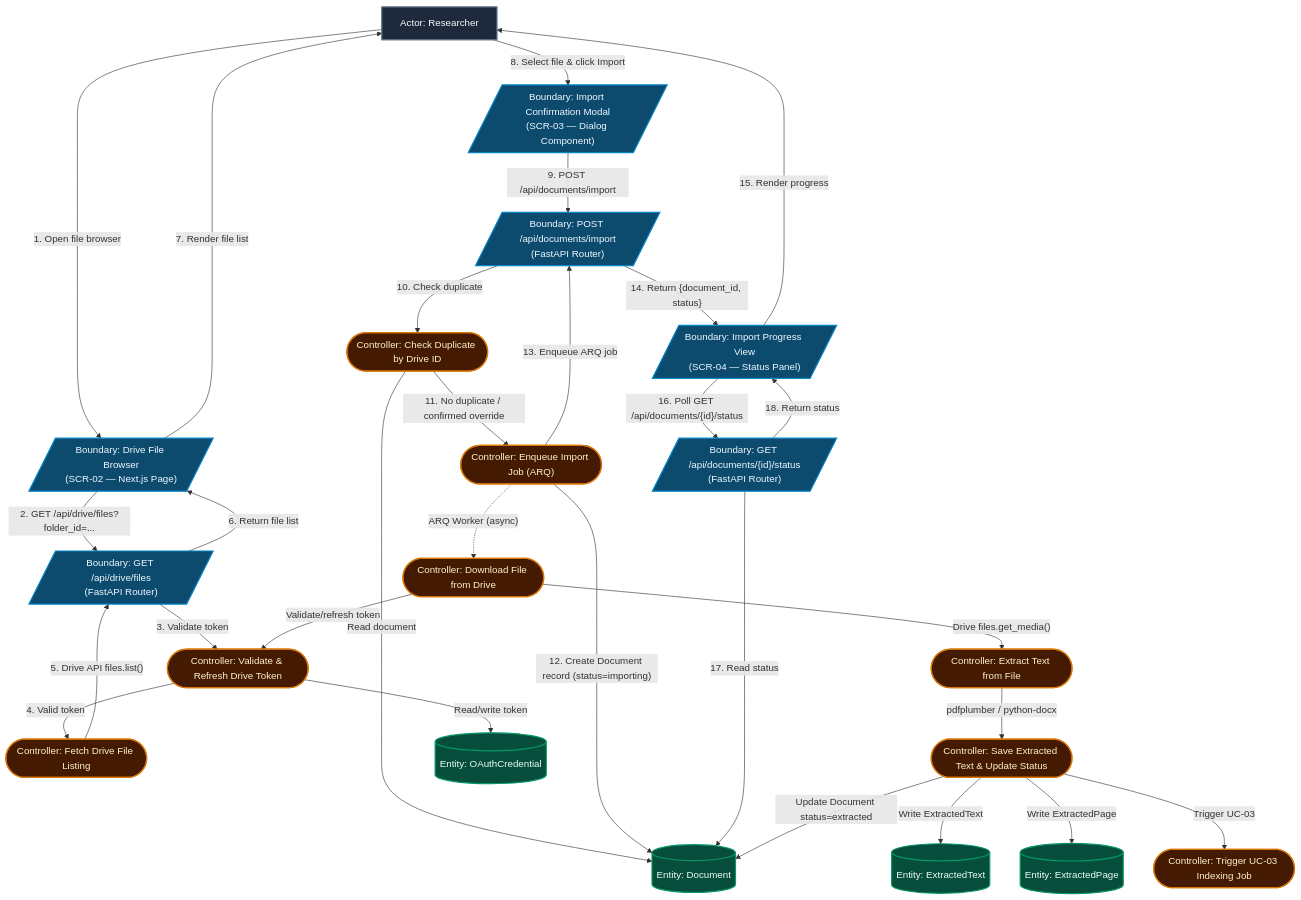
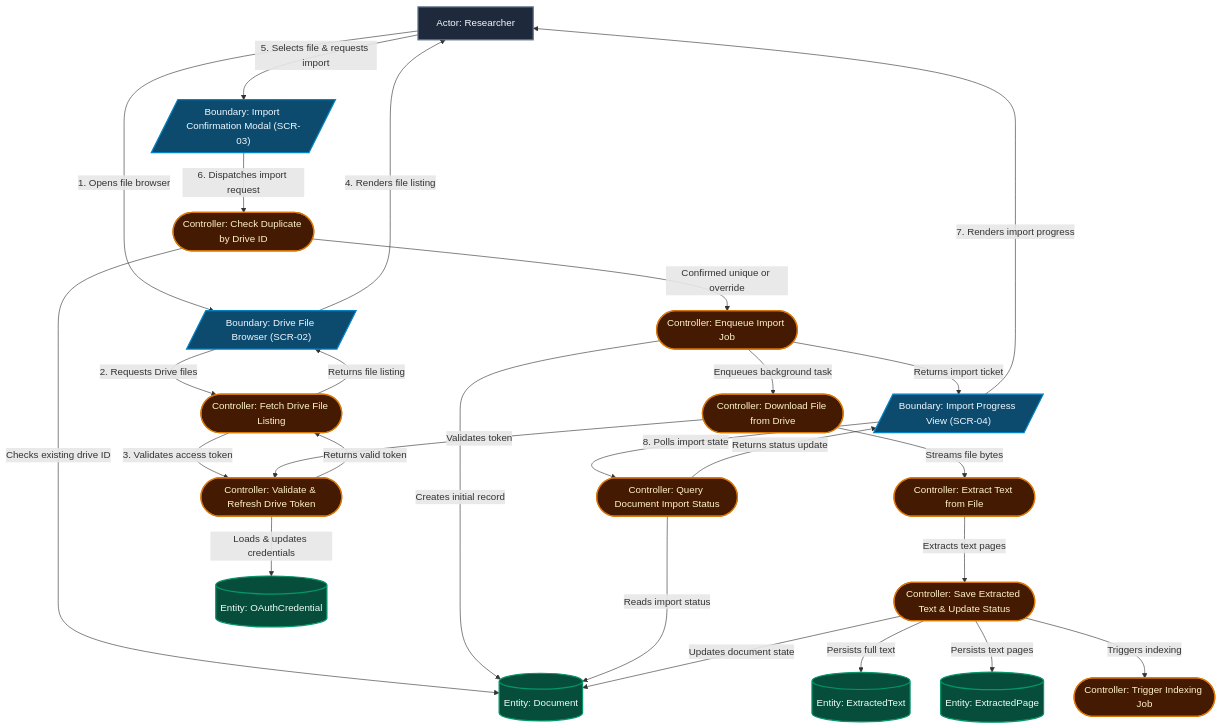
One commit to Gzaa19/Telaah changed the second of 10 diagrams in specs/002-drive-document-import/plan.md. Above: the diagram before and after it, drawn with Mermaid. The commit also changed other lines of this file and 17 other files, not shown here.

````diff
--- a/specs/002-drive-document-import/plan.md
+++ b/specs/002-drive-document-import/plan.md
@@ -95,62 +95,57 @@
 ```mermaid
 flowchart TD
     classDef actor fill:#1e293b,stroke:#64748b,stroke-width:2px,color:#f8fafc
     classDef boundary fill:#0c4a6e,stroke:#0284c7,stroke-width:2px,color:#f0f9ff
     classDef controller fill:#451a03,stroke:#d97706,stroke-width:2px,color:#fef3c7
     classDef entity fill:#064e3b,stroke:#059669,stroke-width:2px,color:#ecfdf5
 
     RESEARCHER["Actor: Researcher"]:::actor
 
-    B_BROWSER[/"Boundary: Drive File Browser\n(SCR-02 — Next.js Page)"/]:::boundary
-    B_CONFIRM[/"Boundary: Import Confirmation Modal\n(SCR-03 — Dialog Component)"/]:::boundary
-    B_PROGRESS[/"Boundary: Import Progress View\n(SCR-04 — Status Panel)"/]:::boundary
-    B_DRIVE_LIST[/"Boundary: GET /api/drive/files\n(FastAPI Router)"/]:::boundary
-    B_IMPORT[/"Boundary: POST /api/documents/import\n(FastAPI Router)"/]:::boundary
-    B_STATUS[/"Boundary: GET /api/documents/{id}/status\n(FastAPI Router)"/]:::boundary
+    B_BROWSER[/"Boundary: Drive File Browser (SCR-02)"/]:::boundary
+    B_CONFIRM[/"Boundary: Import Confirmation Modal (SCR-03)"/]:::boundary
+    B_PROGRESS[/"Boundary: Import Progress View (SCR-04)"/]:::boundary
 
     C_REFRESH_TOKEN(["Controller: Validate & Refresh Drive Token"]):::controller
     C_LIST_FILES(["Controller: Fetch Drive File Listing"]):::controller
     C_CHECK_DUPLICATE(["Controller: Check Duplicate by Drive ID"]):::controller
-    C_ENQUEUE_IMPORT(["Controller: Enqueue Import Job (ARQ)"]):::controller
+    C_ENQUEUE_IMPORT(["Controller: Enqueue Import Job"]):::controller
     C_DOWNLOAD(["Controller: Download File from Drive"]):::controller
     C_EXTRACT_TEXT(["Controller: Extract Text from File"]):::controller
     C_SAVE_RESULT(["Controller: Save Extracted Text & Update Status"]):::controller
-    C_TRIGGER_UC03(["Controller: Trigger UC-03 Indexing Job"]):::controller
+    C_TRIGGER_UC03(["Controller: Trigger Indexing Job"]):::controller
+    C_GET_STATUS(["Controller: Query Document Import Status"]):::controller
 
     E_DOC[("Entity: Document")]:::entity
     E_TEXT[("Entity: ExtractedText")]:::entity
     E_PAGE[("Entity: ExtractedPage")]:::entity
     E_CRED[("Entity: OAuthCredential")]:::entity
 
-    RESEARCHER -->|"1. Open file browser"| B_BROWSER
-    B_BROWSER -->|"2. GET /api/drive/files?folder_id=..."| B_DRIVE_LIST
-    B_DRIVE_LIST -->|"3. Validate token"| C_REFRESH_TOKEN
-    C_REFRESH_TOKEN -->|"Read/write token"| E_CRED
-    C_REFRESH_TOKEN -->|"4. Valid token"| C_LIST_FILES
-    C_LIST_FILES -->|"5. Drive API files.list()"| B_DRIVE_LIST
-    B_DRIVE_LIST -->|"6. Return file list"| B_BROWSER
-    B_BROWSER -->|"7. Render file list"| RESEARCHER
+    RESEARCHER -->|"1. Opens file browser"| B_BROWSER
+    B_BROWSER -->|"2. Requests Drive files"| C_LIST_FILES
+    C_LIST_FILES -->|"3. Validates access token"| C_REFRESH_TOKEN
+    C_REFRESH_TOKEN -->|"Loads & updates credentials"| E_CRED
+    C_REFRESH_TOKEN -->|"Returns valid token"| C_LIST_FILES
+    C_LIST_FILES -->|"Returns file listing"| B_BROWSER
+    B_BROWSER -->|"4. Renders file listing"| RESEARCHER
 
-    RESEARCHER -->|"8. Select file & click Import"| B_CONFIRM
-    B_CONFIRM -->|"9. POST /api/documents/import"| B_IMPORT
-    B_IMPORT -->|"10. Check duplicate"| C_CHECK_DUPLICATE
-    C_CHECK_DUPLICATE -->|"Read document"| E_DOC
-    C_CHECK_DUPLICATE -->|"11. No duplicate / confirmed override"| C_ENQUEUE_IMPORT
-    C_ENQUEUE_IMPORT -->|"12. Create Document record (status=importing)"| E_DOC
-    C_ENQUEUE_IMPORT -->|"13. Enqueue ARQ job"| B_IMPORT
-    B_IMPORT -->|"14. Return {document_id, status}"| B_PROGRESS
-    B_PROGRESS -->|"15. Render progress"| RESEARCHER
+    RESEARCHER -->|"5. Selects file & requests import"| B_CONFIRM
+    B_CONFIRM -->|"6. Dispatches import request"| C_CHECK_DUPLICATE
+    C_CHECK_DUPLICATE -->|"Checks existing drive ID"| E_DOC
+    C_CHECK_DUPLICATE -->|"Confirmed unique or override"| C_ENQUEUE_IMPORT
+    C_ENQUEUE_IMPORT -->|"Creates initial record"| E_DOC
+    C_ENQUEUE_IMPORT -->|"Enqueues background task"| C_DOWNLOAD
+    C_ENQUEUE_IMPORT -->|"Returns import ticket"| B_PROGRESS
+    B_PROGRESS -->|"7. Renders import progress"| RESEARCHER
 
-    B_PROGRESS -->|"16. Poll GET /api/documents/{id}/status"| B_STATUS
-    B_STATUS -->|"17. Read status"| E_DOC
-    B_STATUS -->|"18. Return status"| B_PROGRESS
+    B_PROGRESS -->|"8. Polls import state"| C_GET_STATUS
+    C_GET_STATUS -->|"Reads import status"| E_DOC
+    C_GET_STATUS -->|"Returns status update"| B_PROGRESS
 
-    C_ENQUEUE_IMPORT -.->|"ARQ Worker (async)"| C_DOWNLOAD
-    C_DOWNLOAD -->|"Validate/refresh token"| C_REFRESH_TOKEN
-    C_DOWNLOAD -->|"Drive files.get_media()"| C_EXTRACT_TEXT
-    C_EXTRACT_TEXT -->|"pdfplumber / python-docx"| C_SAVE_RESULT
-    C_SAVE_RESULT -->|"Write ExtractedText"| E_TEXT
-    C_SAVE_RESULT -->|"Write ExtractedPage"| E_PAGE
-    C_SAVE_RESULT -->|"Update Document status=extracted"| E_DOC
-    C_SAVE_RESULT -->|"Trigger UC-03"| C_TRIGGER_UC03
+    C_DOWNLOAD -->|"Validates token"| C_REFRESH_TOKEN
+    C_DOWNLOAD -->|"Streams file bytes"| C_EXTRACT_TEXT
+    C_EXTRACT_TEXT -->|"Extracts text pages"| C_SAVE_RESULT
+    C_SAVE_RESULT -->|"Persists full text"| E_TEXT
+    C_SAVE_RESULT -->|"Persists text pages"| E_PAGE
+    C_SAVE_RESULT -->|"Updates document state"| E_DOC
+    C_SAVE_RESULT -->|"Triggers indexing"| C_TRIGGER_UC03
 ```
````
